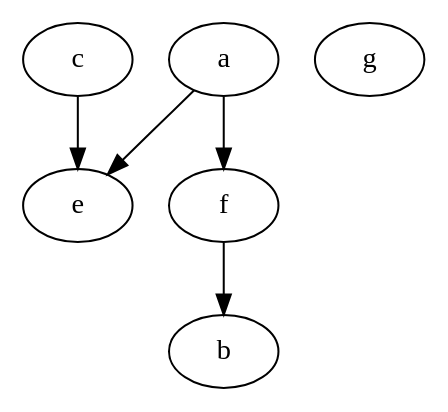
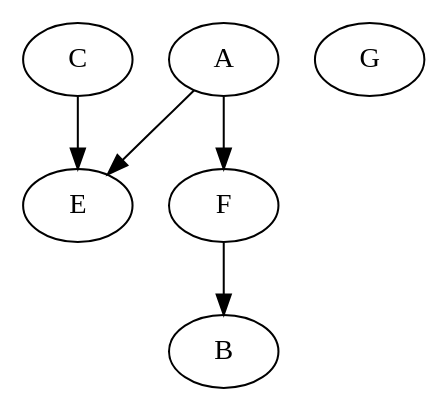
The diagram in data/graph1.dot (snizzo/snizzoasdlab), drawn with Graphviz before and after one commit. The commit also changed 4 other files, not shown here.

Commit message:
Parser parse correctly dot file and build correct Graph object. Stable commit.

```diff
--- a/data/graph1.dot
+++ b/data/graph1.dot
@@ -1,7 +1,7 @@
 digraph G1 {
-    c -> e;
-    a -> e;
-    a -> f;
-    f -> b;
-    g;
+    C -> E;
+    A -> E;
+    A -> F;
+    F -> B;
+    G;
 }
```
